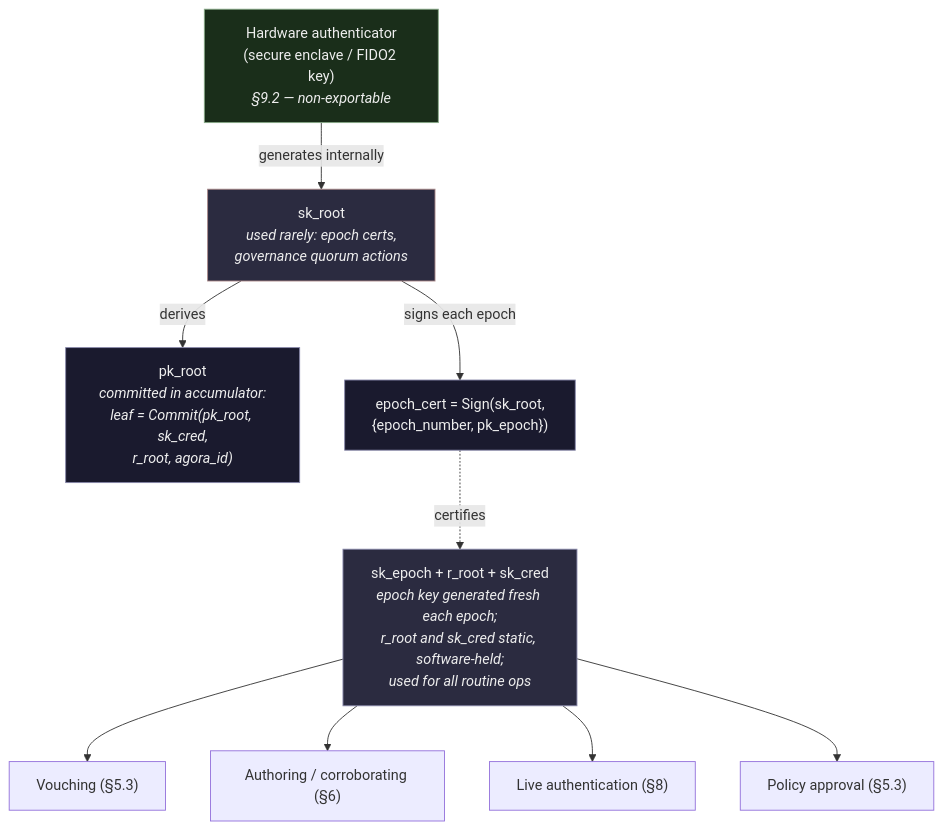
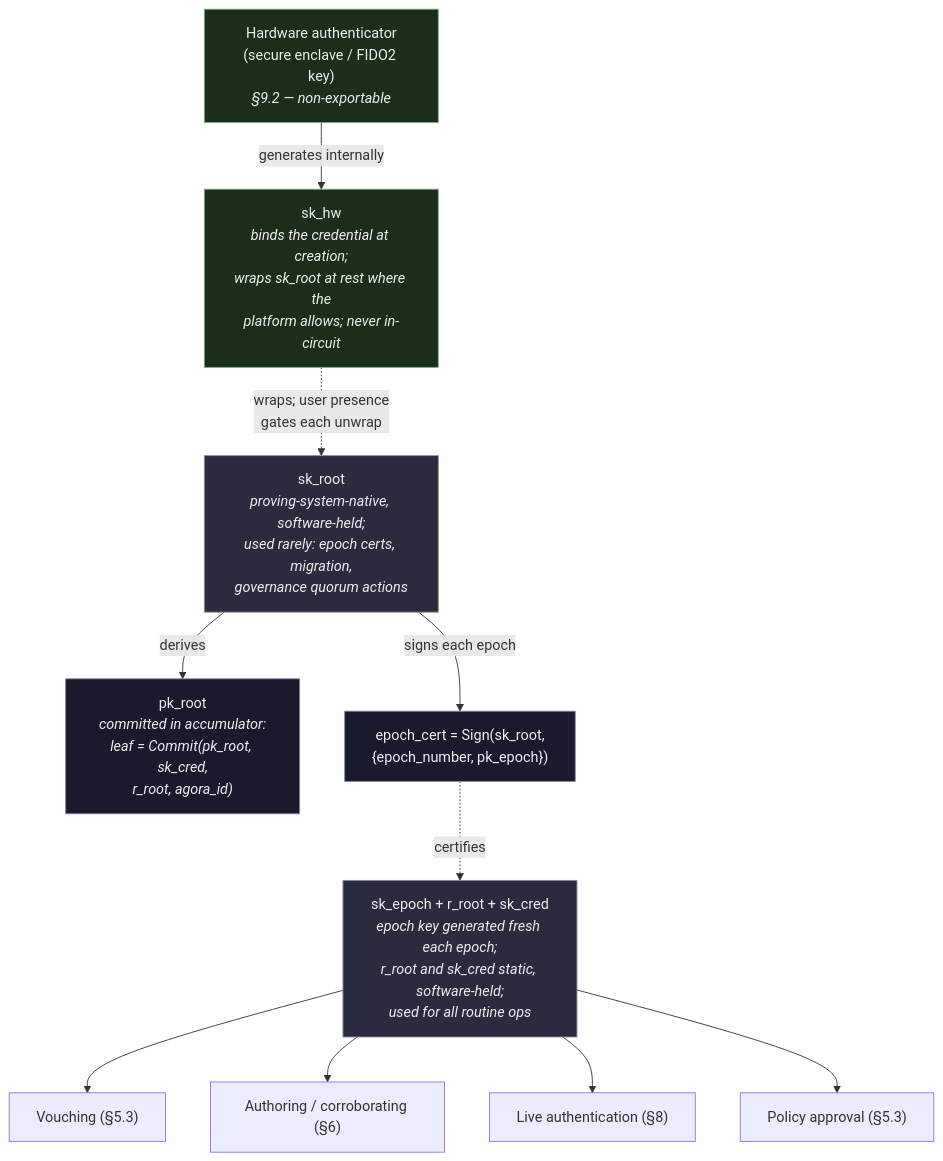
Before and after one commit to xyberal/nymora: the fifth of 6 diagrams in spec/nymora-protocol.md, drawn with Mermaid. The commit also changed other lines of this file and 6 other files, not shown here.

````diff
--- a/spec/nymora-protocol.md
+++ b/spec/nymora-protocol.md
@@ -677,20 +687,22 @@
 ```mermaid
 graph TD
     HW["Hardware authenticator<br/>(secure enclave / FIDO2 key)<br/><i>§9.2 — non-exportable</i>"]
-    HW -->|generates internally| SKR["sk_root<br/><i>used rarely: epoch certs,<br/>governance quorum actions</i>"]
+    HW -->|generates internally| SKH["sk_hw<br/><i>binds the credential at creation;<br/>wraps sk_root at rest where the<br/>platform allows; never in-circuit</i>"]
+    SKH -.->|"wraps; user presence<br/>gates each unwrap"| SKR["sk_root<br/><i>proving-system-native, software-held;<br/>used rarely: epoch certs, migration,<br/>governance quorum actions</i>"]
     SKR -->|derives| PKR["pk_root<br/><i>committed in accumulator:<br/>leaf = Commit(pk_root, sk_cred,<br/>r_root, agora_id)</i>"]
     SKR -->|"signs each epoch"| CERT["epoch_cert = Sign(sk_root,<br/>{epoch_number, pk_epoch})"]
 
     CERT -.->|"certifies"| SKE["sk_epoch + r_root + sk_cred<br/><i>epoch key generated fresh each epoch;<br/>r_root and sk_cred static, software-held;<br/>used for all routine ops</i>"]
 
     SKE --> V["Vouching (§5.3)"]
     SKE --> AU["Authoring / corroborating (§6)"]
     SKE --> LA["Live authentication (§8)"]
     SKE --> GOV["Policy approval (§5.3)"]
 
     style HW fill:#1a2e1a,stroke:#88aa88,color:#eee
+    style SKH fill:#1a2e1a,stroke:#88aa88,color:#eee
     style SKR fill:#2b2b40,stroke:#aa8888,color:#eee
     style SKE fill:#2b2b40,stroke:#8888aa,color:#eee
     style PKR fill:#1a1a2e,stroke:#8888aa,color:#eee
     style CERT fill:#1a1a2e,stroke:#8888aa,color:#eee
 ```
````
